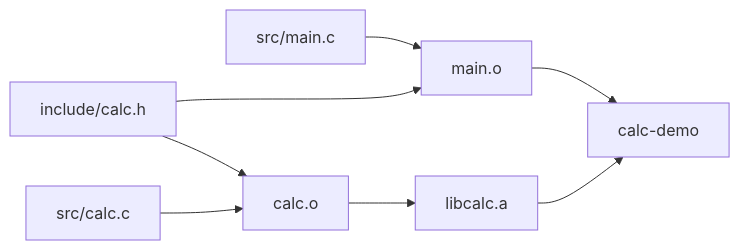
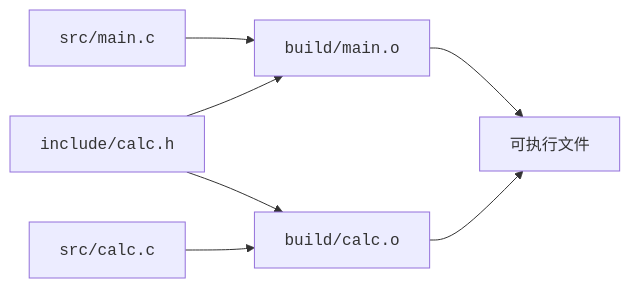
One commit to trident-rm/The-Book-of-EC changed the diagram in src/nodes/engineering/c-cpp-toolchain/multi-file.md. Above: the diagram before and after it, drawn with Mermaid. The commit also changed other lines of this file and 7 other files, not shown here.

````diff
--- a/src/nodes/engineering/c-cpp-toolchain/multi-file.md
+++ b/src/nodes/engineering/c-cpp-toolchain/multi-file.md
@@ -163,10 +95,9 @@
 ```mermaid
 flowchart LR
-    main["src/main.c"] --> maino["main.o"]
-    header["include/calc.h"] --> maino
-    header --> calco["calc.o"]
-    calc["src/calc.c"] --> calco
-    calco --> library["libcalc.a"]
-    maino --> app["calc-demo"]
-    library --> app
+    main["<code>src/main.c</code>"] --> maino["<code>build/main.o</code>"]
+    header["<code>include/calc.h</code>"] --> maino
+    header --> calco["<code>build/calc.o</code>"]
+    calc["<code>src/calc.c</code>"] --> calco
+    maino --> app["可执行文件"]
+    calco --> app
 ```
````
